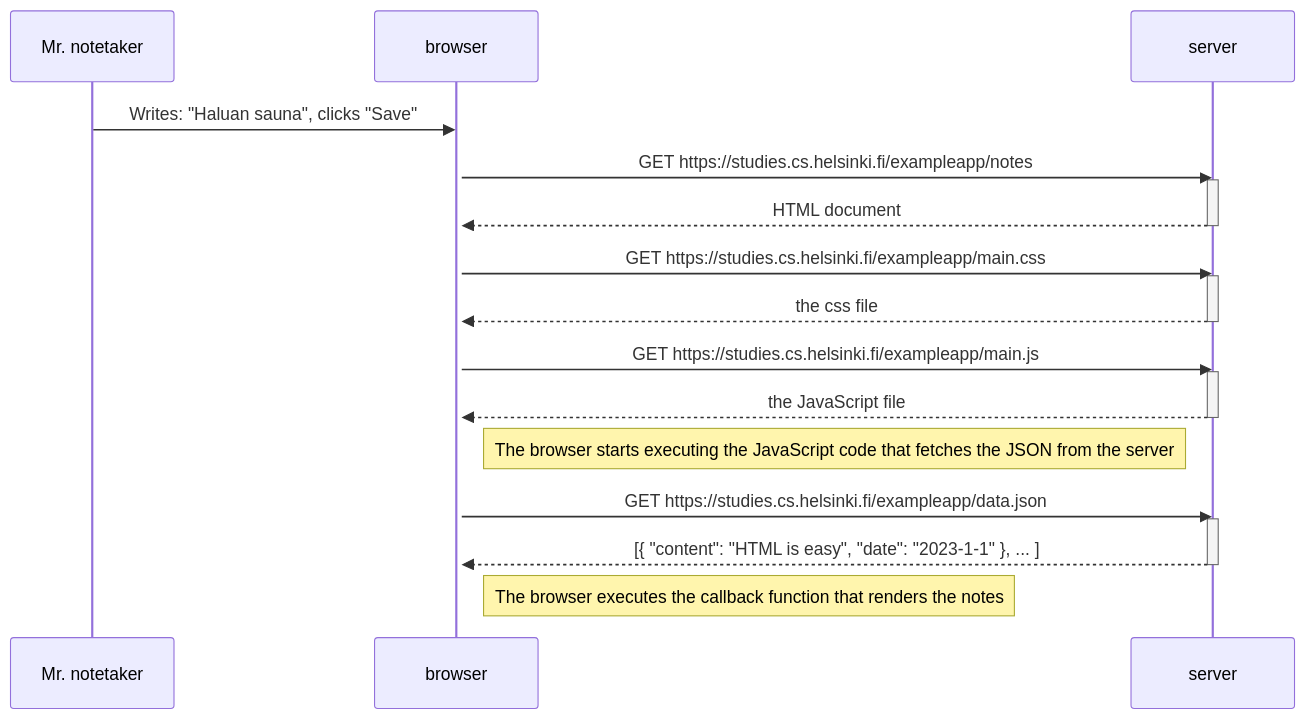
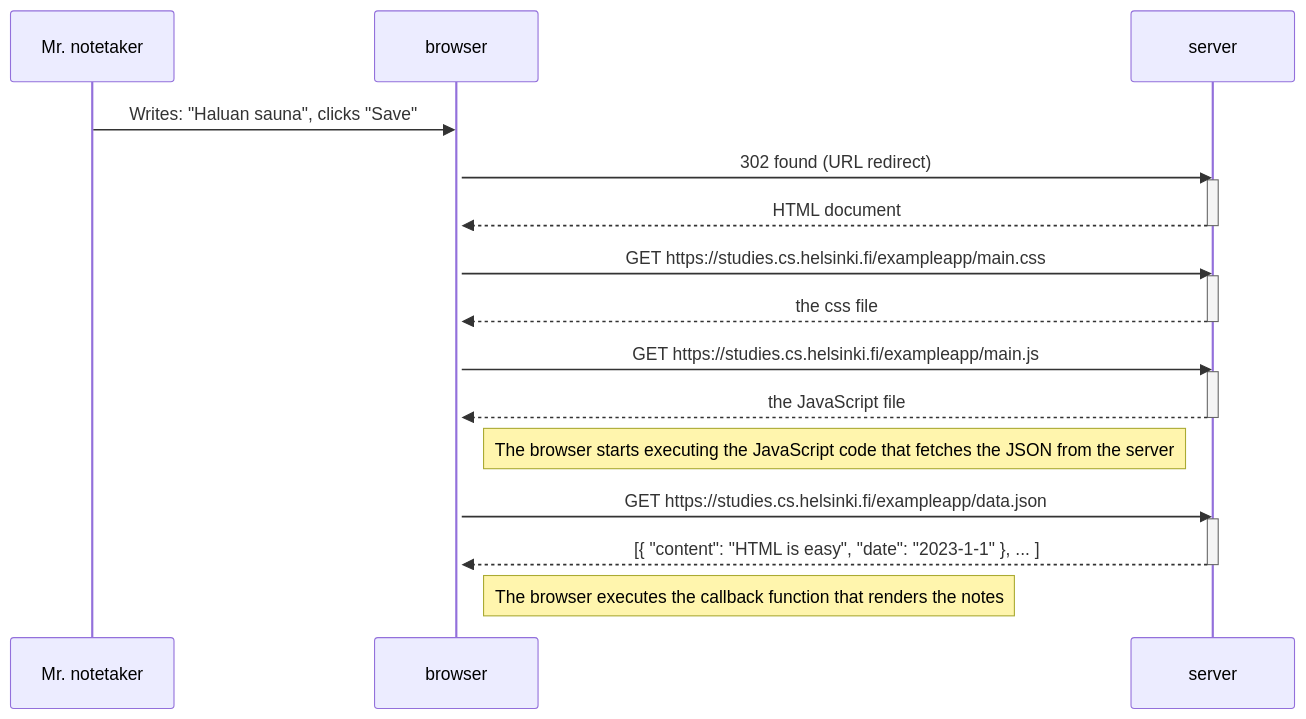
Before and after one commit to haavardmk/fullstackopen: the diagram in part0/diagram.md, drawn with Mermaid.

````diff
--- a/part0/diagram.md
+++ b/part0/diagram.md
@@ -1,32 +1,32 @@
 ```mermaid
 sequenceDiagram
     participant Mr. notetaker
     participant browser
     participant server
 
     Mr. notetaker->>browser: Writes: "Haluan sauna", clicks "Save"
     activate browser
-    browser->>server: GET https://studies.cs.helsinki.fi/exampleapp/notes
+    browser->>server: 302 found (URL redirect) 
     activate server
     server-->>browser: HTML document
     deactivate server
 
     browser->>server: GET https://studies.cs.helsinki.fi/exampleapp/main.css
     activate server
     server-->>browser: the css file
     deactivate server
 
     browser->>server: GET https://studies.cs.helsinki.fi/exampleapp/main.js
     activate server
     server-->>browser: the JavaScript file
     deactivate server
 
     Note right of browser: The browser starts executing the JavaScript code that fetches the JSON from the server
 
     browser->>server: GET https://studies.cs.helsinki.fi/exampleapp/data.json
     activate server
     server-->>browser: [{ "content": "HTML is easy", "date": "2023-1-1" }, ... ]
     deactivate server
 
     Note right of browser: The browser executes the callback function that renders the notes
 ```
````
